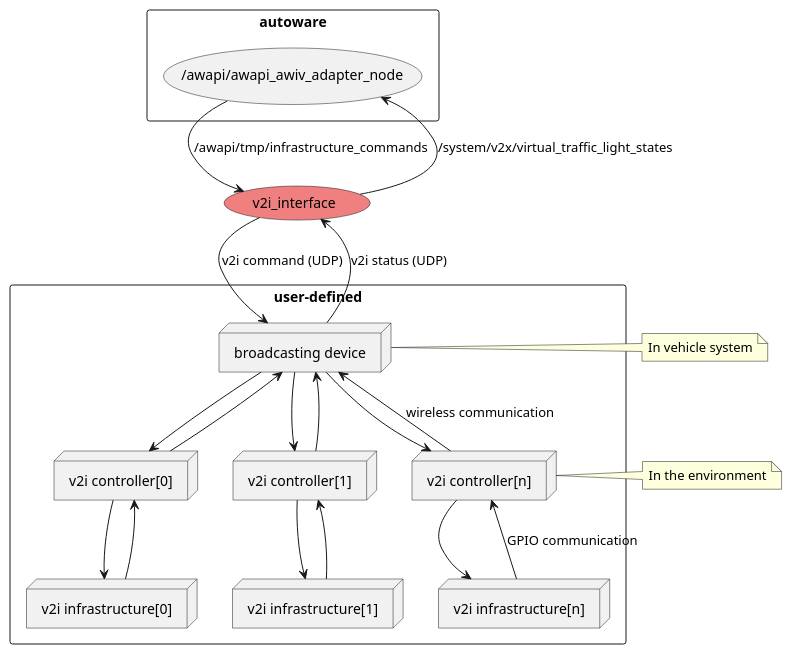
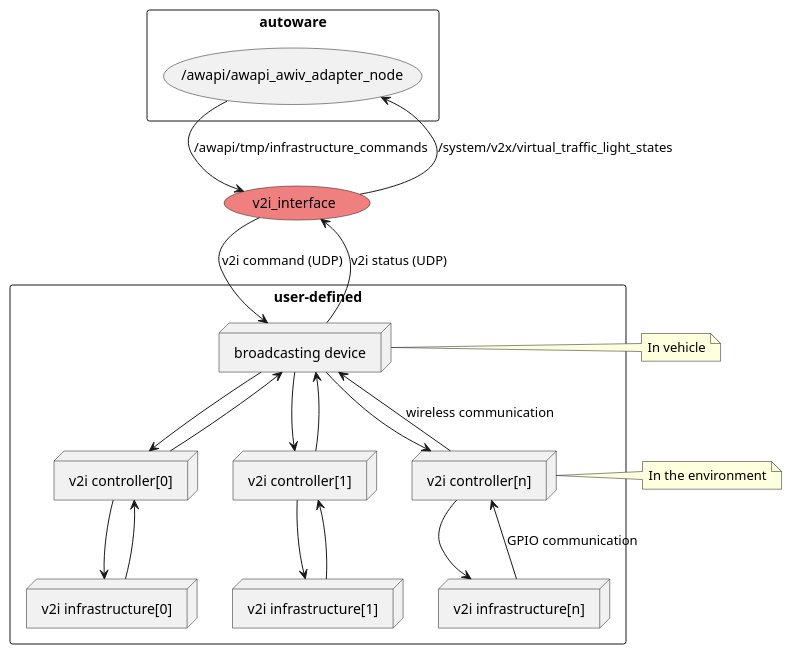
One commit to v-sugahara7993-esol/v2i_interface changed the diagram in docs/node_graph.pu. Above: the diagram before and after it, drawn with PlantUML.

```diff
--- a/docs/node_graph.pu
+++ b/docs/node_graph.pu
@@ -1,41 +1,41 @@
 @startuml
 
 rectangle autoware {
   usecase "/awapi/awapi_awiv_adapter_node"
 }
 usecase "v2i_interface" #LightCoral
 rectangle user-defined {
   node "broadcasting device"
   node "v2i controller[0]" as v2ictl_0
   node "v2i controller[1]" as v2ictl_1
   node "v2i controller[n]" as v2ictl_n
   node "v2i infrastructure[0]" as v2ihw_0
   node "v2i infrastructure[1]" as v2ihw_1
   node "v2i infrastructure[n]" as v2ihw_n
 }
 
 (/awapi/awapi_awiv_adapter_node) --> (v2i_interface) : /awapi/tmp/infrastructure_commands
 (/awapi/awapi_awiv_adapter_node) <-- (v2i_interface) : /system/v2x/virtual_traffic_light_states
 (v2i_interface) --> (broadcasting device) : v2i command (UDP)
 (v2i_interface) <-- (broadcasting device) : v2i status (UDP)
 (broadcasting device) --> (v2ictl_0)
 (broadcasting device) <-- (v2ictl_0)
 (broadcasting device) --> (v2ictl_1)
 (broadcasting device) <-- (v2ictl_1)
 (broadcasting device) --> (v2ictl_n)
 (broadcasting device) <-- (v2ictl_n) : wireless communication
 
 (v2ictl_0) -[hidden] (v2ictl_1)
 (v2ictl_1) -[hidden] (v2ictl_n)
 
 (v2ictl_0) --> (v2ihw_0)
 (v2ictl_0) <-- (v2ihw_0)
 (v2ictl_1) --> (v2ihw_1)
 (v2ictl_1) <-- (v2ihw_1)
 (v2ictl_n) --> (v2ihw_n)
 (v2ictl_n) <-- (v2ihw_n) : GPIO communication
 
-note right of "broadcasting device" : In vehicle system
+note right of "broadcasting device" : In vehicle
 note right of v2ictl_n : In the environment
 
 @enduml
```
